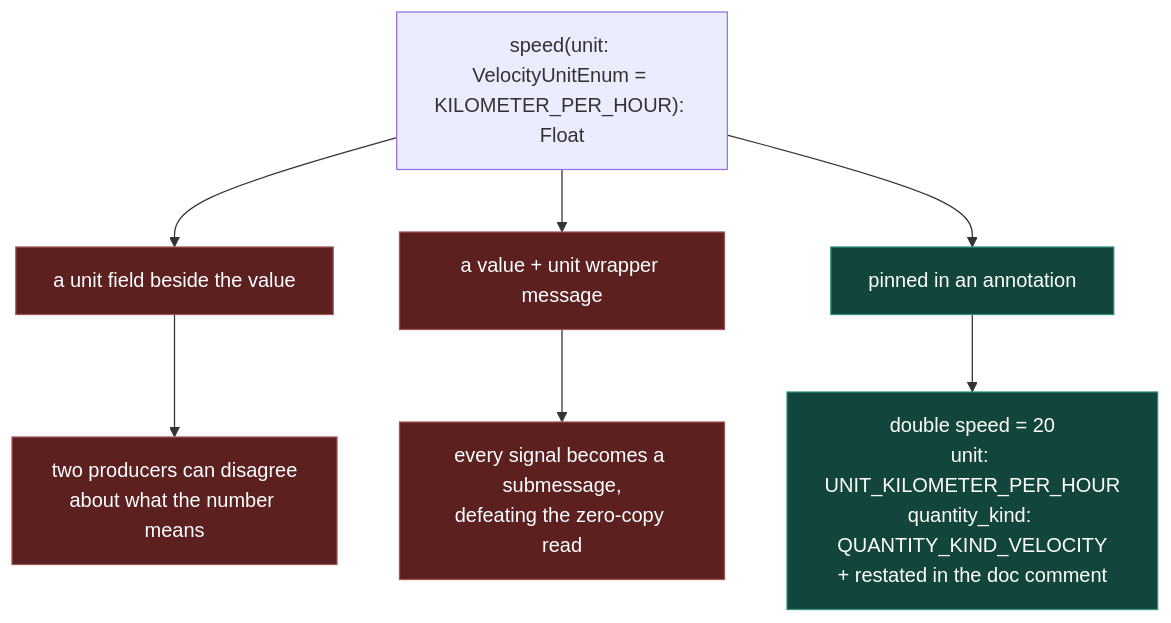
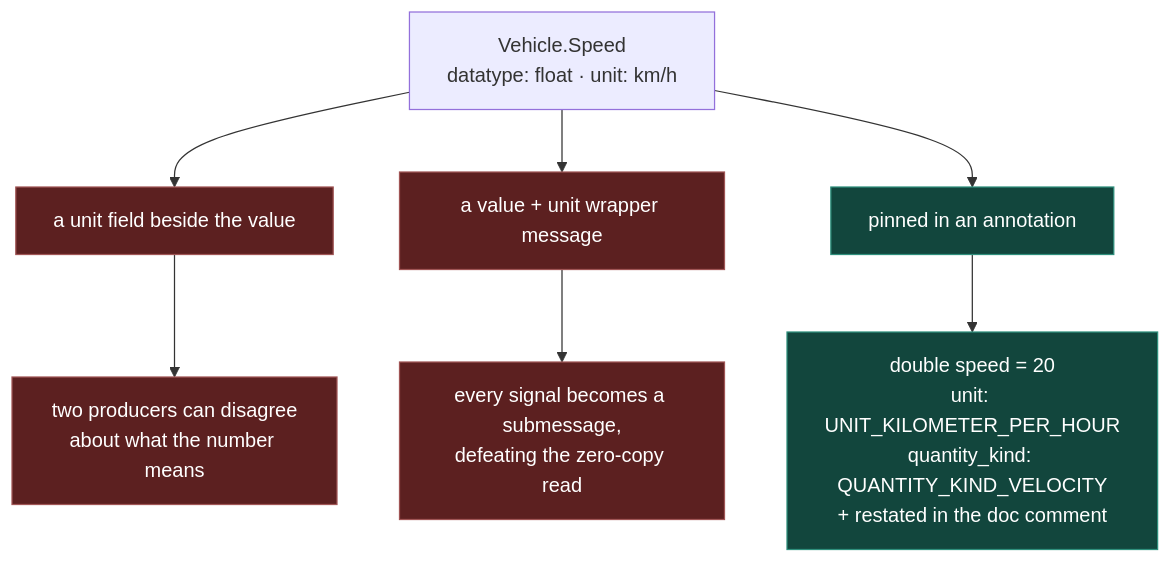
Before and after one commit to oh-tarnished/coversa-protobuf: the seventh of 11 diagrams in README.md, drawn with Mermaid. The commit also changed other lines of this file and 453 other files, not shown here.

````diff
--- a/README.md
+++ b/README.md
@@ -327,21 +337,21 @@
 ```mermaid
 flowchart TD
-  SRC["speed(unit: VelocityUnitEnum = KILOMETER_PER_HOUR): Float"]
+  SRC["Vehicle.Speed<br/>datatype: float · unit: km/h"]
 
   R1["a unit field beside the value"]
   R2["a value + unit wrapper message"]
   CHOSEN["pinned in an annotation"]
 
   SRC --> R1
   SRC --> R2
   SRC --> CHOSEN
 
   R1 --> X1["two producers can disagree<br/>about what the number means"]
   R2 --> X2["every signal becomes a submessage,<br/>defeating the zero-copy read"]
   CHOSEN --> OUT["double speed = 20<br/>unit: UNIT_KILOMETER_PER_HOUR<br/>quantity_kind: QUANTITY_KIND_VELOCITY<br/>+ restated in the doc comment"]
 
   classDef bad fill:#5C2020,stroke:#A05555,color:#FFFFFF;
   classDef good fill:#12463D,stroke:#2E8F7C,color:#FFFFFF;
   class R1,R2,X1,X2 bad;
   class CHOSEN,OUT good;
 ```
````
